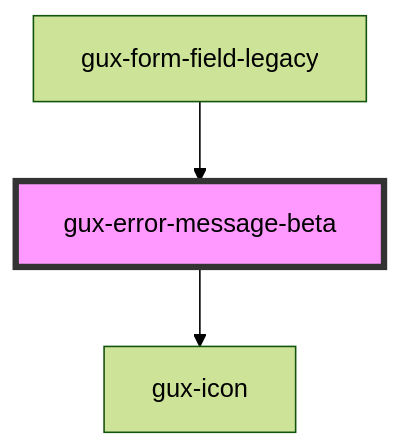
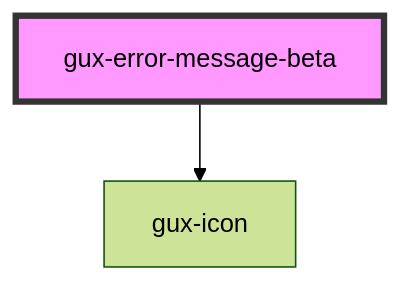
The diagram in packages/genesys-spark-components/src/components/beta/gux-error-message-beta/readme.md (MyPureCloud/genesys-spark), drawn with Mermaid (forest theme) before and after one commit. The commit also changed other lines of this file and 255 other files, not shown here.

````diff
--- a/packages/genesys-spark-components/src/components/beta/gux-error-message-beta/readme.md
+++ b/packages/genesys-spark-components/src/components/beta/gux-error-message-beta/readme.md
@@ -27,6 +23,5 @@
 ```mermaid
 graph TD;
   gux-error-message-beta --> gux-icon
-  gux-form-field-legacy --> gux-error-message-beta
   style gux-error-message-beta fill:#f9f,stroke:#333,stroke-width:4px
 ```
````
